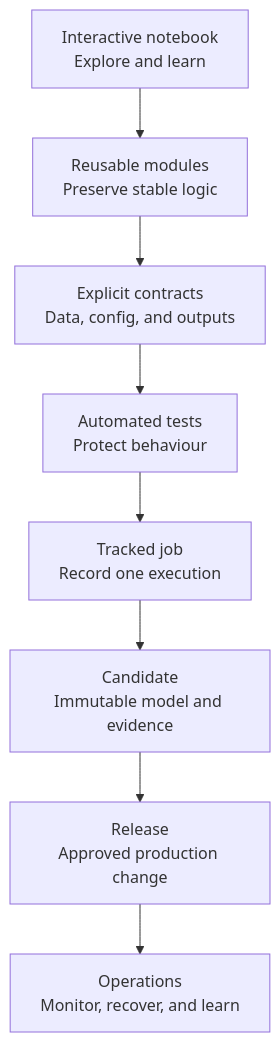
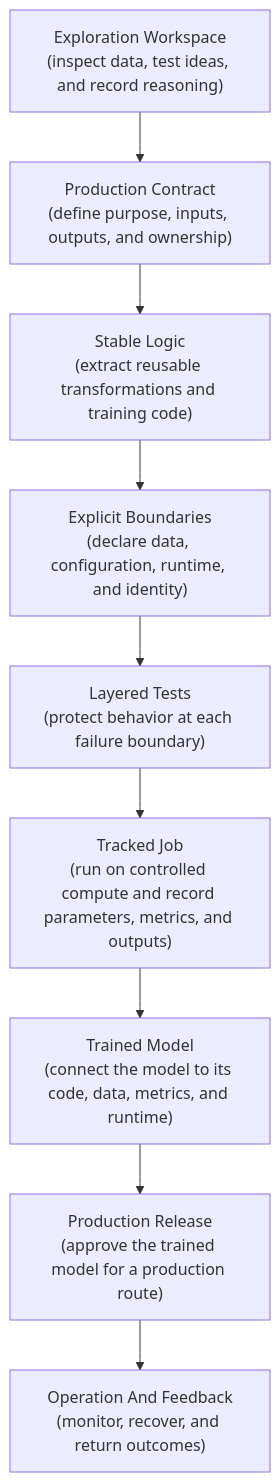
Before and after one commit to senlinyy/dev-roadmaps: the first of 6 diagrams in roadmaps/mlops/modules/mlops-foundations/teams-and-workflow/02-notebook-to-production-workflow.md, drawn with Mermaid. The commit also changed other lines of this file and 152 other files, not shown here.

Commit message:
feat: mlops and diagrams updated

````diff
--- a/roadmaps/mlops/modules/mlops-foundations/teams-and-workflow/02-notebook-to-production-workflow.md
+++ b/roadmaps/mlops/modules/mlops-foundations/teams-and-workflow/02-notebook-to-production-workflow.md
@@ -37,10 +56,16 @@
 ```mermaid
 flowchart TD
-    A["Interactive notebook<br/>Explore and learn"] --> B["Reusable modules<br/>Preserve stable logic"]
-    B --> C["Explicit contracts<br/>Data, config, and outputs"]
-    C --> D["Automated tests<br/>Protect behaviour"]
-    D --> E["Tracked job<br/>Record one execution"]
-    E --> F["Candidate<br/>Immutable model and evidence"]
-    F --> G["Release<br/>Approved production change"]
-    G --> H["Operations<br/>Monitor, recover, and learn"]
+    A["Exploration Workspace<br/>(inspect data, test ideas, and record reasoning)"] --> B["Production Contract<br/>(define purpose, inputs, outputs, and ownership)"]
+    B --> C["Stable Logic<br/>(extract reusable transformations and training code)"]
+    C --> D["Explicit Boundaries<br/>(declare data, configuration, runtime, and identity)"]
+    D --> E["Layered Tests<br/>(protect behavior at each failure boundary)"]
+    E --> F["Tracked Job<br/>(run on controlled compute and record parameters, metrics, and outputs)"]
+    F --> G["Trained Model<br/>(connect the model to its code, data, metrics, and runtime)"]
+    G --> H["Production Release<br/>(approve the trained model for a production route)"]
+    H --> I["Operation And Feedback<br/>(monitor, recover, and return outcomes)"]
+
+    class A learn;
+    class B,C,D,E prove;
+    class F,G operate;
+    class H,I release;
 ```
````
